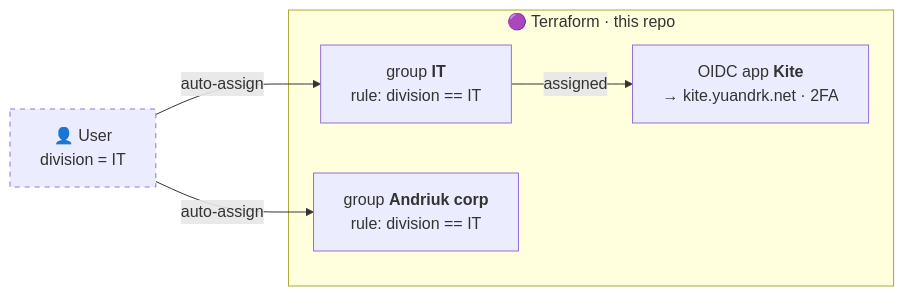
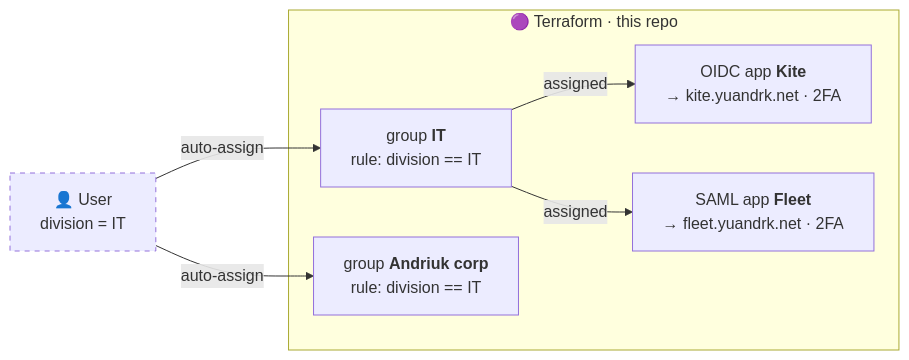
The first of 2 diagrams in README.md (yuandrk/okta-gitops), drawn with Mermaid before and after one commit. The commit also changed other lines of this file and 15 other files, not shown here.

First line of the commit message:
feat(apps): SAML apps; Fleet signs in through Okta (#29)

````diff
--- a/README.md
+++ b/README.md
@@ -35,17 +35,19 @@
 ```mermaid
 flowchart LR
     U["👤 User<br/>division = IT"]
 
     subgraph TF["🟣 Terraform · this repo"]
         G2["group <b>IT</b><br/>rule: division == IT"]
         G1["group <b>Andriuk corp</b><br/>rule: division == IT"]
         K["OIDC app <b>Kite</b><br/>→ kite.yuandrk.net · 2FA"]
+        F["SAML app <b>Fleet</b><br/>→ fleet.yuandrk.net · 2FA"]
         G2 -->|assigned| K
+        G2 -->|assigned| F
     end
 
     U -->|auto-assign| G2
     U -->|auto-assign| G1
 
     classDef console stroke-dasharray: 5 5
     class U console
 ```
````
